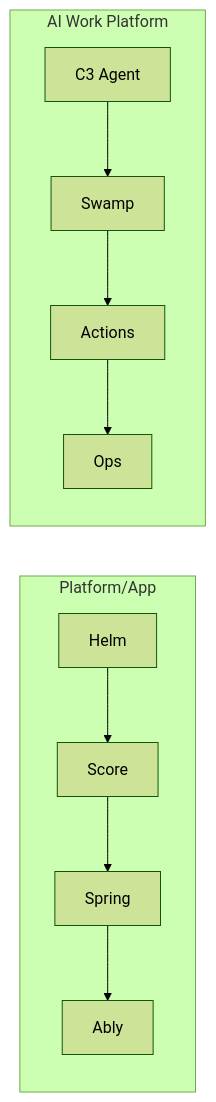
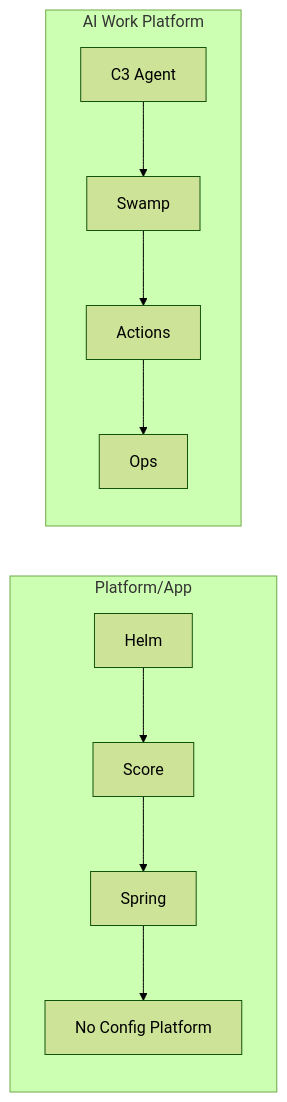
One commit to confighub/cub-gen changed the diagram in docs/agentic-gitops/03-worked-examples/04-eight-example-story-cards.md. Above: the diagram before and after it, drawn with Mermaid (forest theme). The commit also changed other lines of this file and 140 other files, not shown here.

````diff
--- a/docs/agentic-gitops/03-worked-examples/04-eight-example-story-cards.md
+++ b/docs/agentic-gitops/03-worked-examples/04-eight-example-story-cards.md
@@ -23,10 +23,10 @@
 ```mermaid
 flowchart LR
   subgraph Track1["Platform/App"]
-    E1["Helm"] --> E2["Score"] --> E3["Spring"] --> E4["Ably"]
+    E1["Helm"] --> E2["Score"] --> E3["Spring"] --> E4["No Config Platform"]
   end
 
   subgraph Track2["AI Work Platform"]
     E5["C3 Agent"] --> E6["Swamp"] --> E7["Actions"] --> E8["Ops"]
   end
 ```
````
